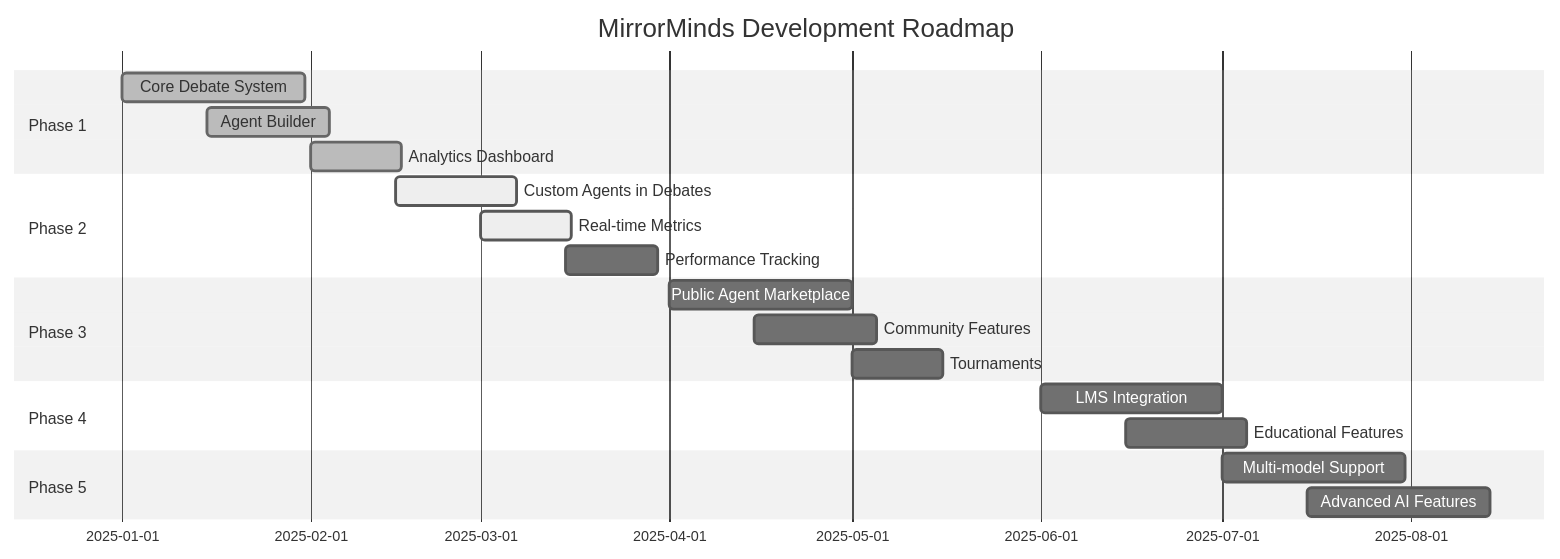
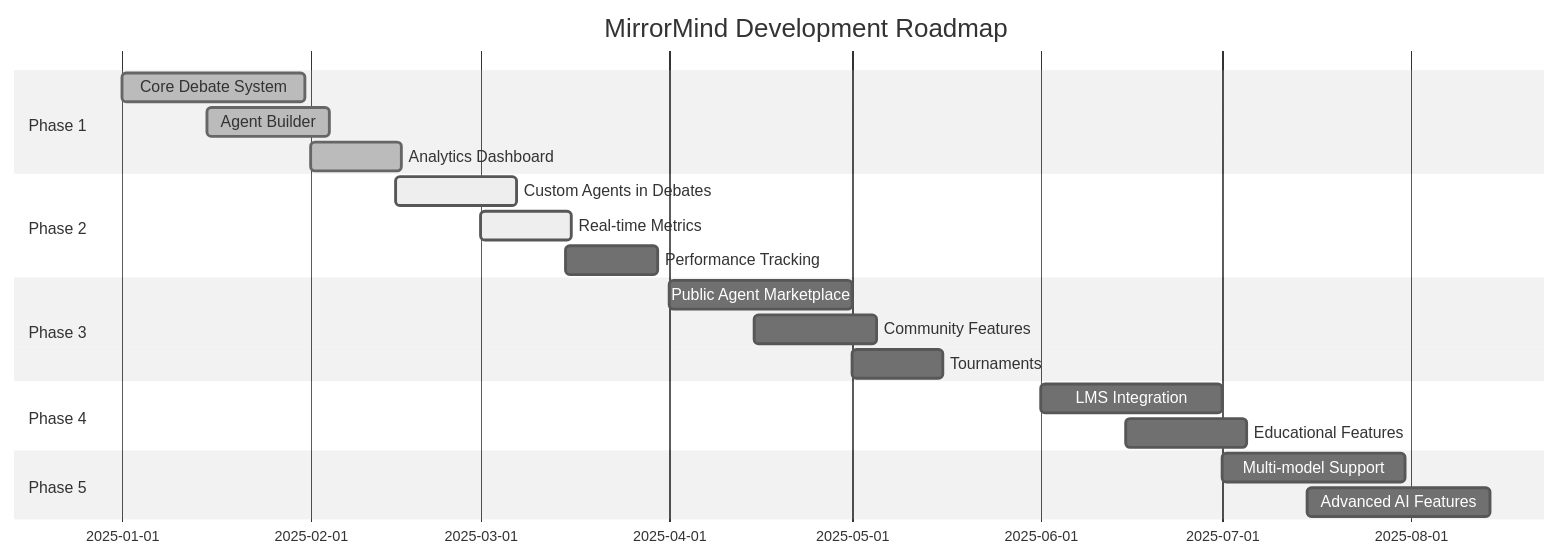
One commit to khattam/MirrorMind-AI changed the fifth of 5 diagrams in README.md. Above: the diagram before and after it, drawn with Mermaid (neutral theme). The commit also changed other lines of this file, not shown here.

Commit message:
Fix README: change to MirrorMind, add Groq, fix diagram colors, center align features, remove quality scores

````diff
--- a/README.md
+++ b/README.md
@@ -668,23 +668,23 @@
 ```mermaid
 gantt
-    title MirrorMinds Development Roadmap
+    title MirrorMind Development Roadmap
     dateFormat  YYYY-MM-DD
     section Phase 1
     Core Debate System           :done, 2025-01-01, 30d
     Agent Builder                :done, 2025-01-15, 20d
     Analytics Dashboard          :done, 2025-02-01, 15d
     section Phase 2
     Custom Agents in Debates     :active, 2025-02-15, 20d
     Real-time Metrics            :active, 2025-03-01, 15d
     Performance Tracking         :2025-03-15, 15d
     section Phase 3
     Public Agent Marketplace     :2025-04-01, 30d
     Community Features           :2025-04-15, 20d
     Tournaments                  :2025-05-01, 15d
     section Phase 4
     LMS Integration              :2025-06-01, 30d
     Educational Features         :2025-06-15, 20d
     section Phase 5
     Multi-model Support          :2025-07-01, 30d
     Advanced AI Features         :2025-07-15, 30d
 ```
````
